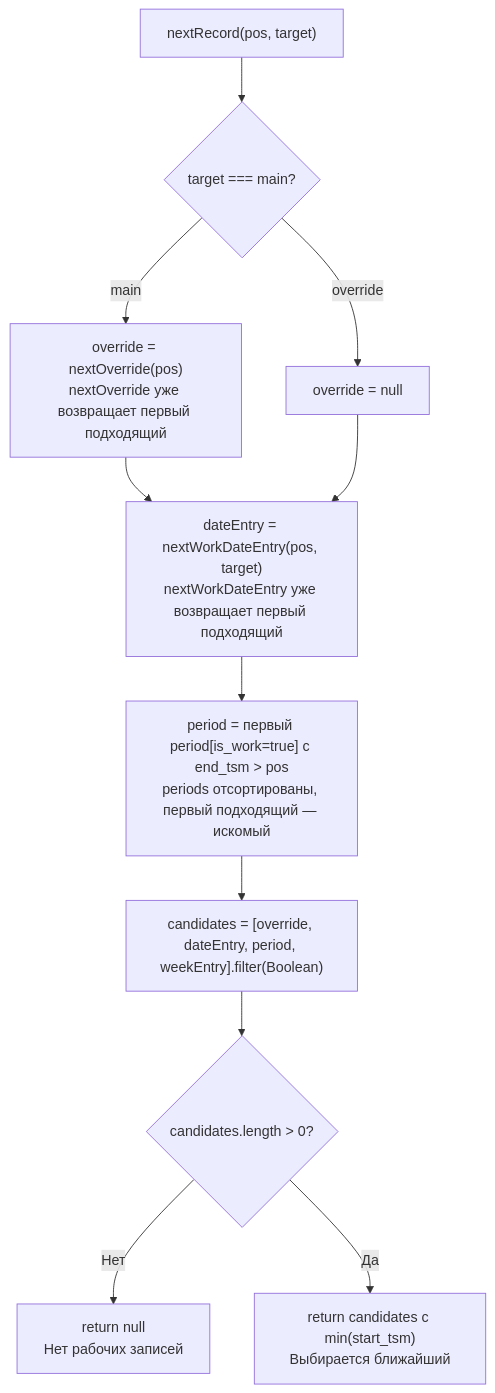
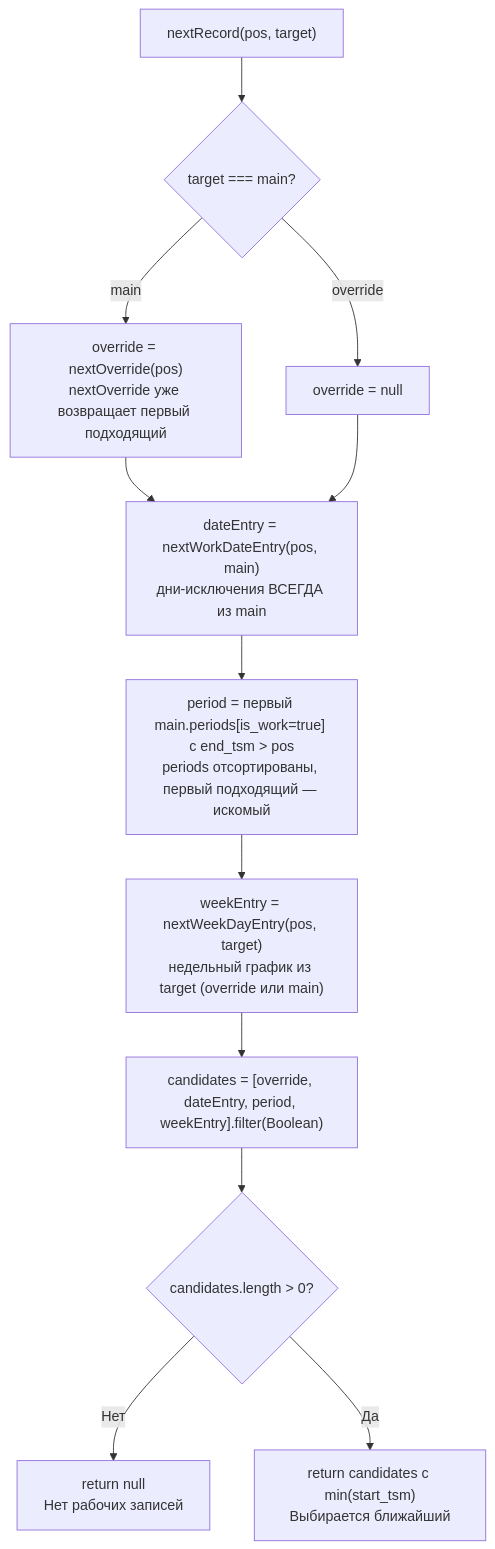
Before and after one commit to spo0okie/arms_inventory: diagram 12 of 14 in modules/schedules/compile/compile.md, drawn with Mermaid. The commit also changed other lines of this file and 12 other files, not shown here.

````diff
--- a/modules/schedules/compile/compile.md
+++ b/modules/schedules/compile/compile.md
@@ -848,17 +869,18 @@
 ```mermaid
 flowchart TD
     A["nextRecord(pos, target)"] --> B{"target === main?"}
     
     B -->|main| C["override = nextOverride(pos)<br/>nextOverride уже возвращает первый подходящий"]
     B -->|override| C2["override = null"]
     
-    C --> D["dateEntry = nextWorkDateEntry(pos, target)<br/>nextWorkDateEntry уже возвращает первый подходящий"]
+    C --> D["dateEntry = nextWorkDateEntry(pos, main)<br/>дни-исключения ВСЕГДА из main"]
     C2 --> D
     
-    D --> E["period = первый period[is_work=true] с end_tsm > pos<br/>periods отсортированы, первый подходящий — искомый"]
+    D --> E["period = первый main.periods[is_work=true] с end_tsm > pos<br/>periods отсортированы, первый подходящий — искомый"]
     
-    E --> F["candidates = [override, dateEntry, period, weekEntry].filter(Boolean)"]
+    E --> W["weekEntry = nextWeekDayEntry(pos, target)<br/>недельный график из target (override или main)"]
+    W --> F["candidates = [override, dateEntry, period, weekEntry].filter(Boolean)"]
     F --> G{"candidates.length > 0?"}
     G -->|Нет| H["return null<br/>Нет рабочих записей"]
     G -->|Да| I["return candidates с min(start_tsm)<br/>Выбирается ближайший"]
 ```
````
